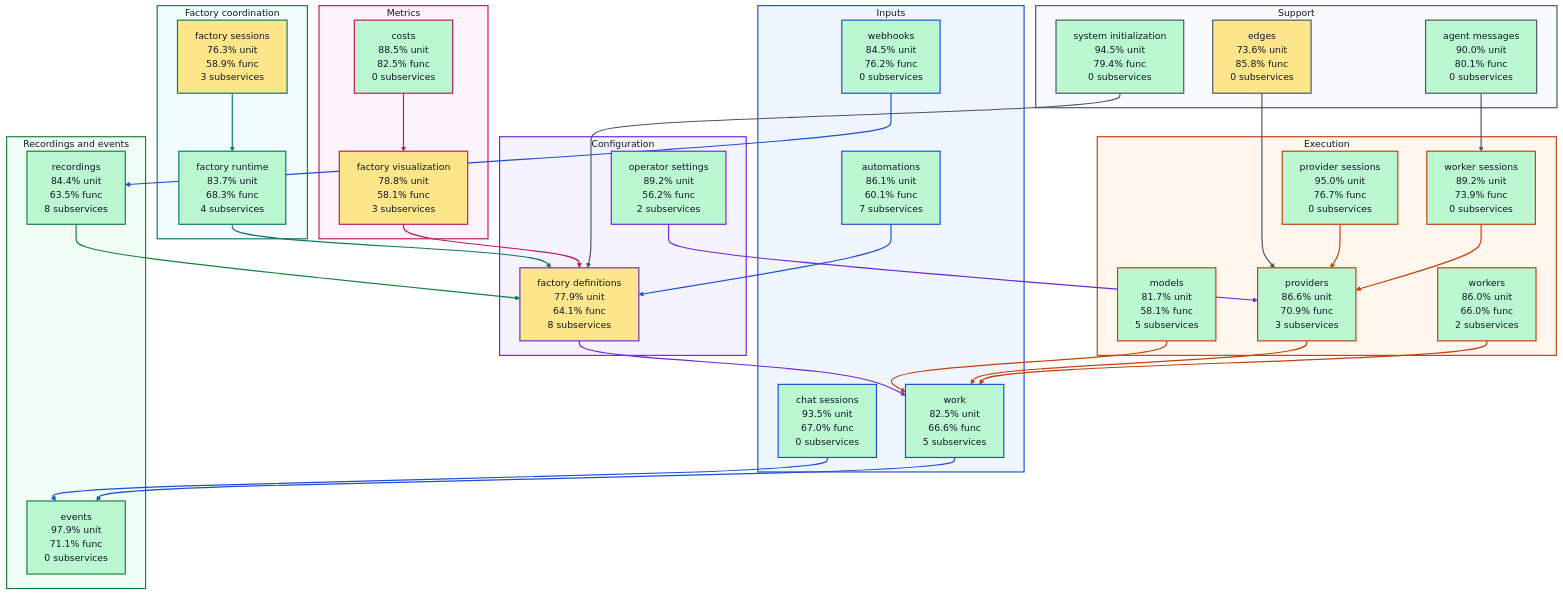
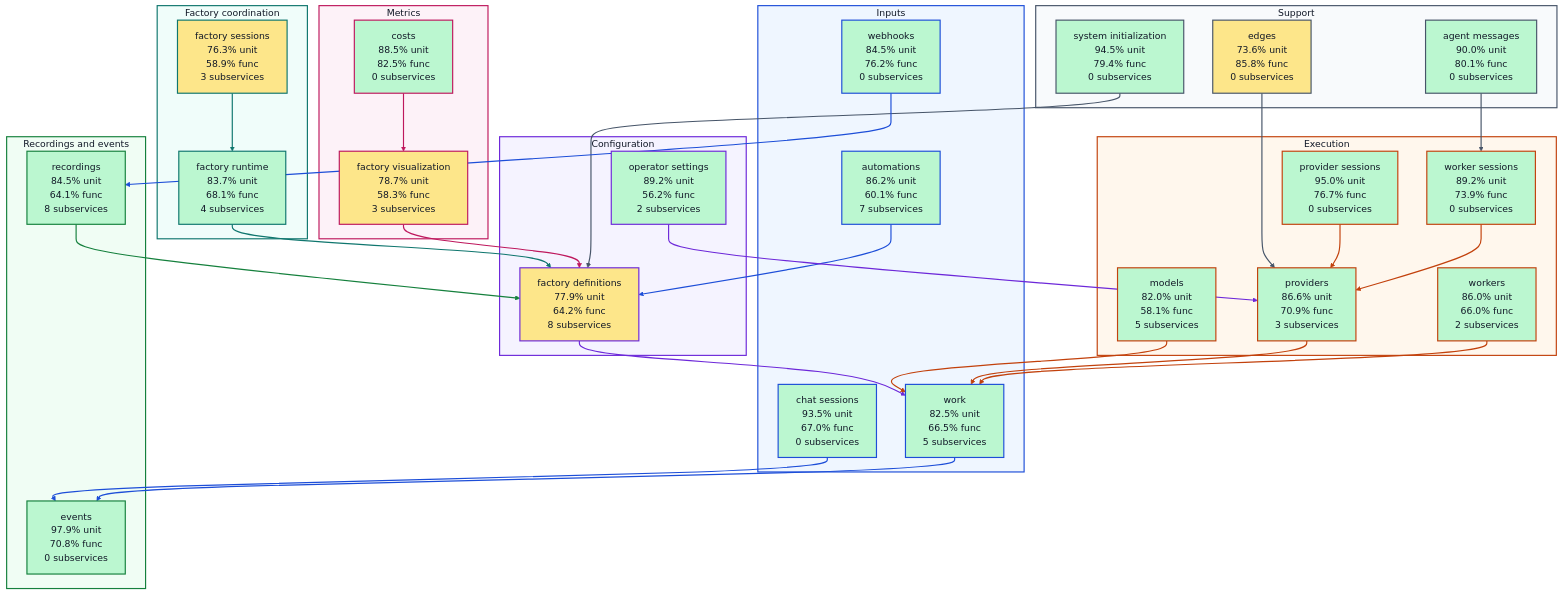
One commit to portpowered/you-agent-factory changed the diagram in docs/architecture/visualizations/high-level-test-coverage.md. Above: the diagram before and after it, drawn with Mermaid (neutral theme). The commit also changed other lines of this file and 21 other files, not shown here.

Commit message:
docs: refresh backend architecture visualizations (#3286)

````diff
--- a/docs/architecture/visualizations/high-level-test-coverage.md
+++ b/docs/architecture/visualizations/high-level-test-coverage.md
@@ -11,33 +11,33 @@
 ```mermaid
 flowchart TB
   subgraph input["Inputs"]
-    s_services_automations["automations<br/>86.1% unit<br/>60.1% func<br/>7 subservices"]
+    s_services_automations["automations<br/>86.2% unit<br/>60.1% func<br/>7 subservices"]
     s_services_chat_sessions["chat sessions<br/>93.5% unit<br/>67.0% func<br/>0 subservices"]
     s_services_webhooks["webhooks<br/>84.5% unit<br/>76.2% func<br/>0 subservices"]
-    s_services_work["work<br/>82.5% unit<br/>66.6% func<br/>5 subservices"]
+    s_services_work["work<br/>82.5% unit<br/>66.5% func<br/>5 subservices"]
   end
   subgraph configuration["Configuration"]
-    s_services_factory_definitions["factory definitions<br/>77.9% unit<br/>64.1% func<br/>8 subservices"]
+    s_services_factory_definitions["factory definitions<br/>77.9% unit<br/>64.2% func<br/>8 subservices"]
     s_services_operator_settings["operator settings<br/>89.2% unit<br/>56.2% func<br/>2 subservices"]
   end
   subgraph coordination["Factory coordination"]
-    s_services_factory_runtime["factory runtime<br/>83.7% unit<br/>68.3% func<br/>4 subservices"]
+    s_services_factory_runtime["factory runtime<br/>83.7% unit<br/>68.1% func<br/>4 subservices"]
     s_services_factory_sessions["factory sessions<br/>76.3% unit<br/>58.9% func<br/>3 subservices"]
   end
   subgraph execution["Execution"]
-    s_services_models["models<br/>81.7% unit<br/>58.1% func<br/>5 subservices"]
+    s_services_models["models<br/>82.0% unit<br/>58.1% func<br/>5 subservices"]
     s_services_provider_sessions["provider sessions<br/>95.0% unit<br/>76.7% func<br/>0 subservices"]
     s_services_providers["providers<br/>86.6% unit<br/>70.9% func<br/>3 subservices"]
     s_services_worker_sessions["worker sessions<br/>89.2% unit<br/>73.9% func<br/>0 subservices"]
     s_services_workers["workers<br/>86.0% unit<br/>66.0% func<br/>2 subservices"]
   end
   subgraph recordings["Recordings and events"]
-    s_services_events["events<br/>97.9% unit<br/>71.1% func<br/>0 subservices"]
-    s_services_recordings["recordings<br/>84.4% unit<br/>63.5% func<br/>8 subservices"]
+    s_services_events["events<br/>97.9% unit<br/>70.8% func<br/>0 subservices"]
+    s_services_recordings["recordings<br/>84.5% unit<br/>64.1% func<br/>8 subservices"]
   end
   subgraph metrics["Metrics"]
     s_services_costs["costs<br/>88.5% unit<br/>82.5% func<br/>0 subservices"]
-    s_services_factory_visualization["factory visualization<br/>78.8% unit<br/>58.1% func<br/>3 subservices"]
+    s_services_factory_visualization["factory visualization<br/>78.7% unit<br/>58.3% func<br/>3 subservices"]
   end
   subgraph support["Support"]
     s_services_agent_messages["agent messages<br/>90.0% unit<br/>80.1% func<br/>0 subservices"]
````
